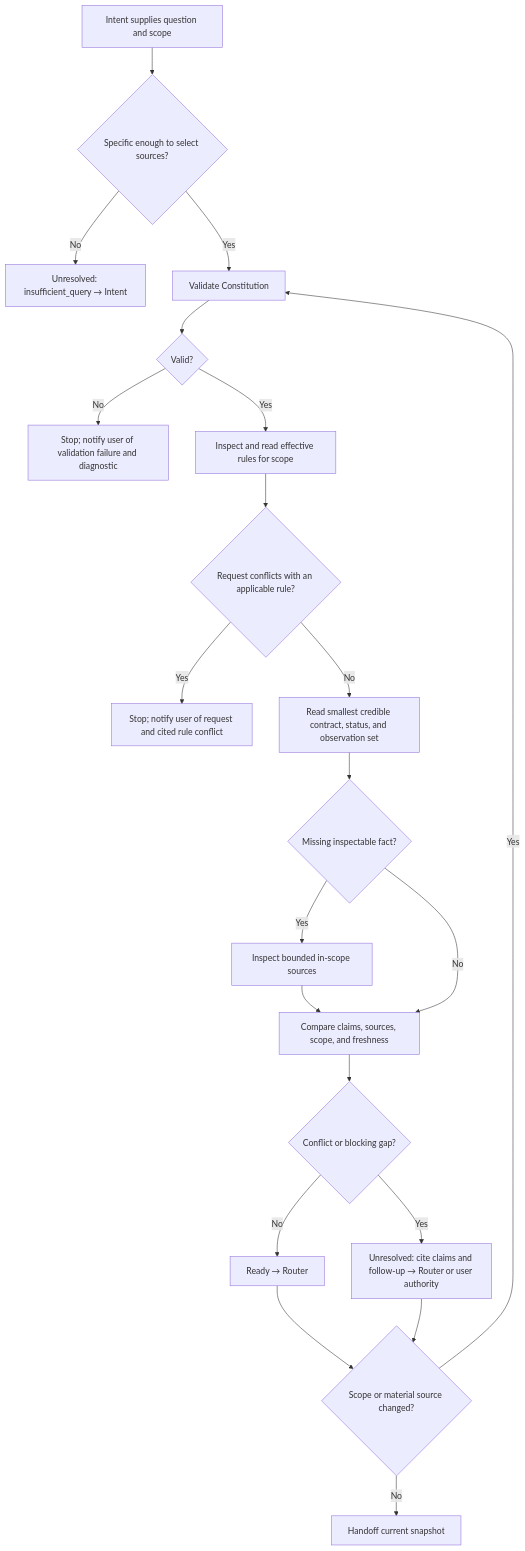
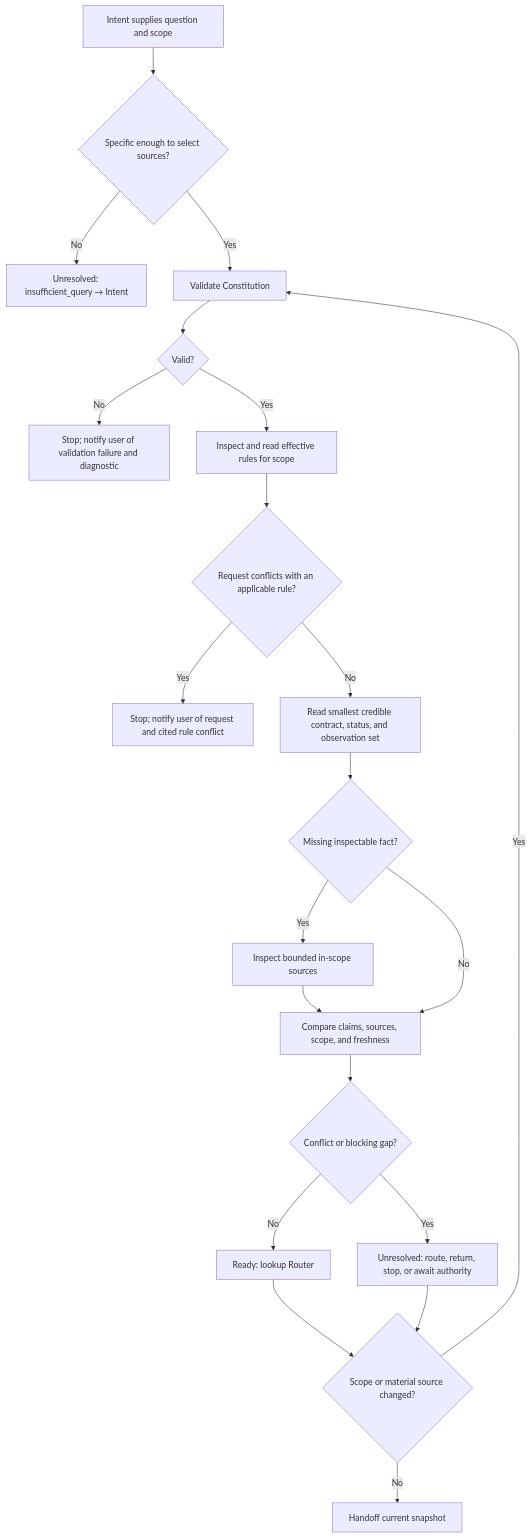
The diagram in .harness/workflow/rule-current-truth-r1.md (hunguyen1702/the-broke-task-management), drawn with Mermaid before and after one commit. The commit also changed other lines of this file and 28 other files, not shown here.

````diff
--- a/.harness/workflow/rule-current-truth-r1.md
+++ b/.harness/workflow/rule-current-truth-r1.md
@@ -28,23 +28,23 @@
 ```mermaid
 flowchart TD
     A[Intent supplies question and scope] --> B{Specific enough to select sources?}
     B -- No --> I[Unresolved: insufficient_query → Intent]
     B -- Yes --> C[Validate Constitution]
     C --> V{Valid?}
     V -- No --> S1[Stop; notify user of validation failure and diagnostic]
     V -- Yes --> L[Inspect and read effective rules for scope]
     L --> P{Request conflicts with an applicable rule?}
     P -- Yes --> S2[Stop; notify user of request and cited rule conflict]
     P -- No --> D[Read smallest credible contract, status, and observation set]
     D --> E{Missing inspectable fact?}
     E -- Yes --> F[Inspect bounded in-scope sources]
     F --> G[Compare claims, sources, scope, and freshness]
     E -- No --> G
     G --> H{Conflict or blocking gap?}
-    H -- No --> R[Ready → Router]
-    H -- Yes --> U[Unresolved: cite claims and follow-up → Router or user authority]
+    H -- No --> R[Ready: lookup Router]
+    H -- Yes --> U[Unresolved: route, return, stop, or await authority]
     R --> J{Scope or material source changed?}
     U --> J
     J -- Yes --> C
     J -- No --> K[Handoff current snapshot]
 ```
````
